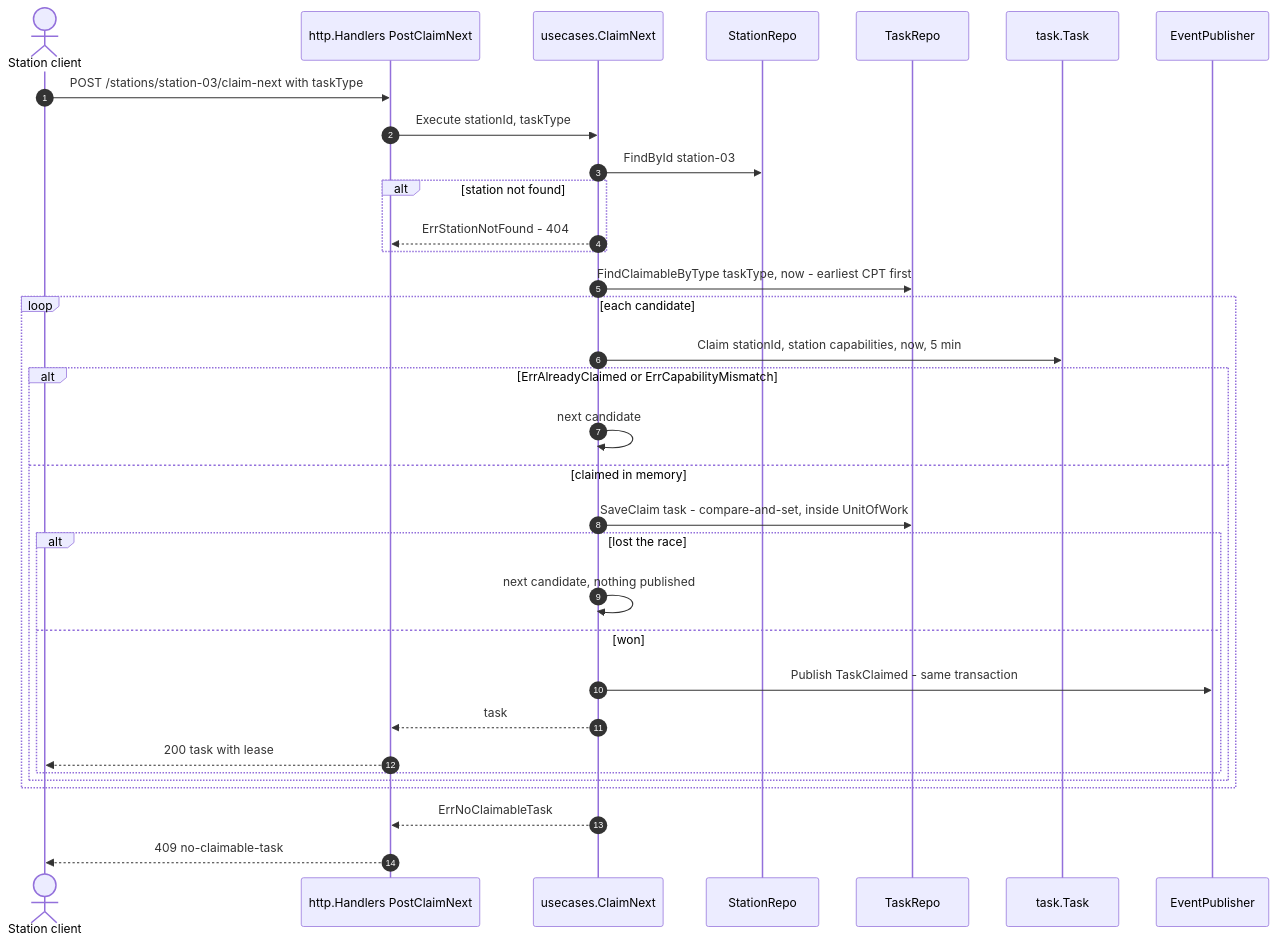
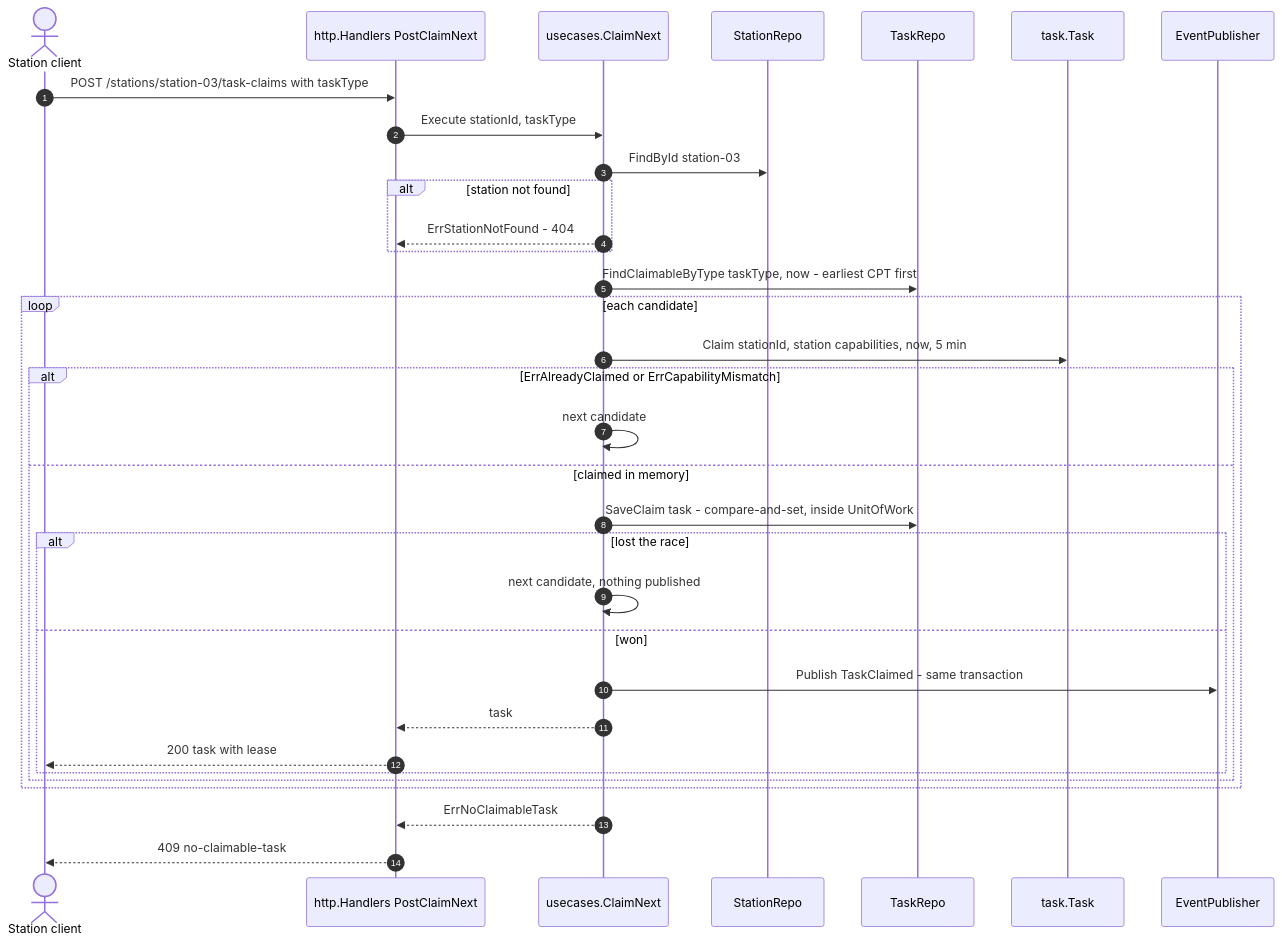
One commit to IQVO/warehouse-docs changed the third of 10 diagrams in docs/contexts/fulfillment-execution/sequence-diagrams.md. Above: the diagram before and after it, drawn with Mermaid. The commit also changed other lines of this file and 272 other files, not shown here.

````diff
--- a/docs/contexts/fulfillment-execution/sequence-diagrams.md
+++ b/docs/contexts/fulfillment-execution/sequence-diagrams.md
@@ -119,35 +119,35 @@
 ```mermaid
 sequenceDiagram
     autonumber
     actor S as Station client
     participant H as http.Handlers PostClaimNext
     participant UC as usecases.ClaimNext
     participant SR as StationRepo
     participant R as TaskRepo
     participant T as task.Task
     participant P as EventPublisher
-    S->>H: POST /stations/station-03/claim-next with taskType
+    S->>H: POST /stations/station-03/task-claims with taskType
     H->>UC: Execute stationId, taskType
     UC->>SR: FindById station-03
     alt station not found
         UC-->>H: ErrStationNotFound - 404
     end
     UC->>R: FindClaimableByType taskType, now - earliest CPT first
     loop each candidate
         UC->>T: Claim stationId, station capabilities, now, 5 min
         alt ErrAlreadyClaimed or ErrCapabilityMismatch
             UC->>UC: next candidate
         else claimed in memory
             UC->>R: SaveClaim task - compare-and-set, inside UnitOfWork
             alt lost the race
                 UC->>UC: next candidate, nothing published
             else won
                 UC->>P: Publish TaskClaimed - same transaction
                 UC-->>H: task
                 H-->>S: 200 task with lease
             end
         end
     end
     UC-->>H: ErrNoClaimableTask
     H-->>S: 409 no-claimable-task
 ```
````
